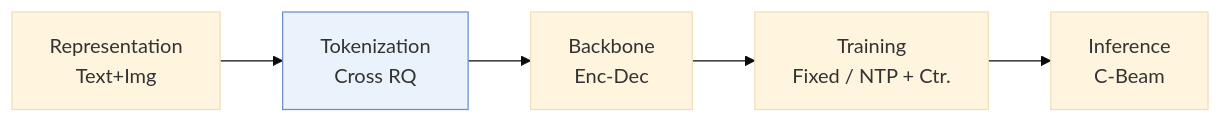
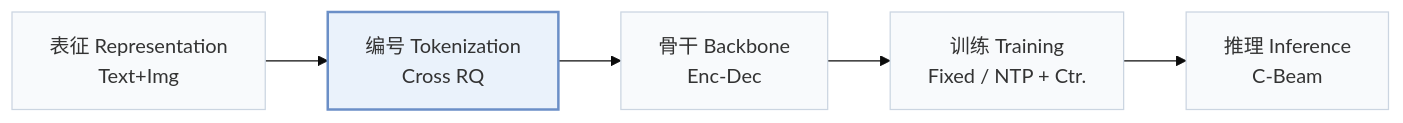
Before and after one commit to Galaxy-ghost/Awesome-SID-Generative-Rec: the first of 3 diagrams in pages/zh/papers/macrec.md, drawn with Mermaid (base theme). The commit also changed other lines of this file and 649 other files, not shown here.

Commit message:
writer-05: also tags and modality index (schema, check, build, visuals); summary field removed; calibration data for 12 papers

````diff
--- a/pages/zh/papers/macrec.md
+++ b/pages/zh/papers/macrec.md
@@ -13,6 +15,8 @@
 ```mermaid
 flowchart LR
-    R["Representation<br/>Text+Img"] --> T["Tokenization<br/>Cross RQ"] --> B["Backbone<br/>Enc-Dec"] --> TR["Training<br/>Fixed / NTP + Ctr."] --> I["Inference<br/>C-Beam"]
-    classDef main fill:#eaf2fb,stroke:#6b8fc7
+    R["表征 Representation<br/>Text+Img"] --> T["编号 Tokenization<br/>Cross RQ"] --> B["骨干 Backbone<br/>Enc-Dec"] --> TR["训练 Training<br/>Fixed / NTP + Ctr."] --> I["推理 Inference<br/>C-Beam"]
+    classDef base fill:#f8fafc,stroke:#cbd5e1
+    class R,T,B,TR,I base
+    classDef main fill:#eaf2fb,stroke:#6b8fc7,stroke-width:2px
     class T main
 ```
````
